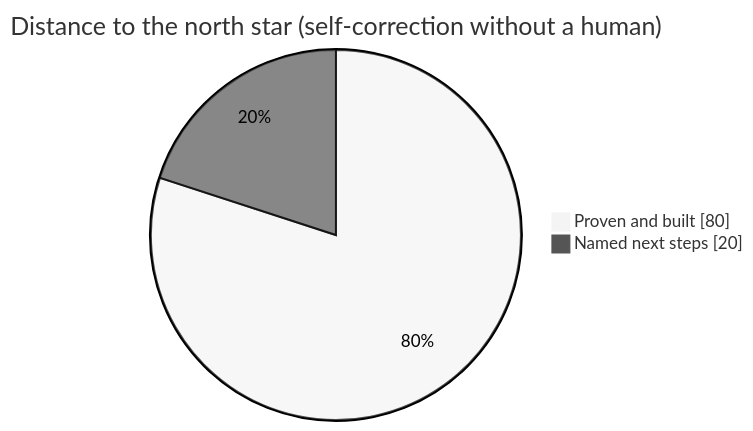
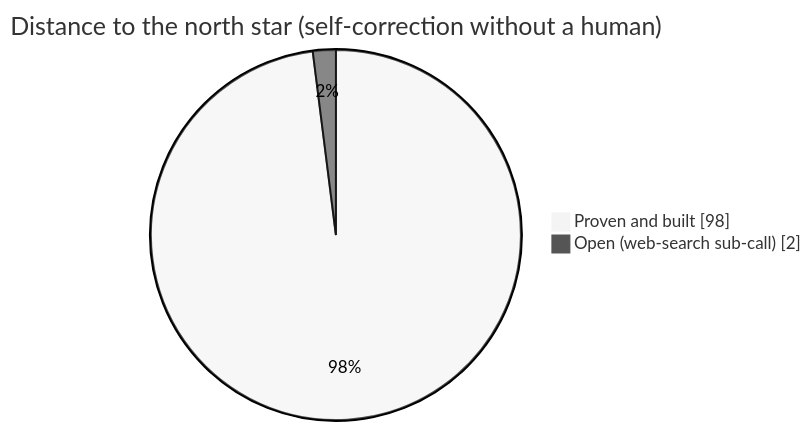
Diagram 15 of 17 in README.md (wgabrys88/endgame-ai), drawn with Mermaid (neutral theme) before and after one commit. The commit also changed other lines of this file, not shown here.

First line of the commit message:
docs(readme): mark all five standing items done and proven

````diff
--- a/README.md
+++ b/README.md
@@ -514,6 +519,6 @@
 ```mermaid
 pie showData
     title Distance to the north star (self-correction without a human)
-    "Proven and built" : 80
-    "Named next steps" : 20
+    "Proven and built" : 98
+    "Open (web-search sub-call)" : 2
 ```
````
